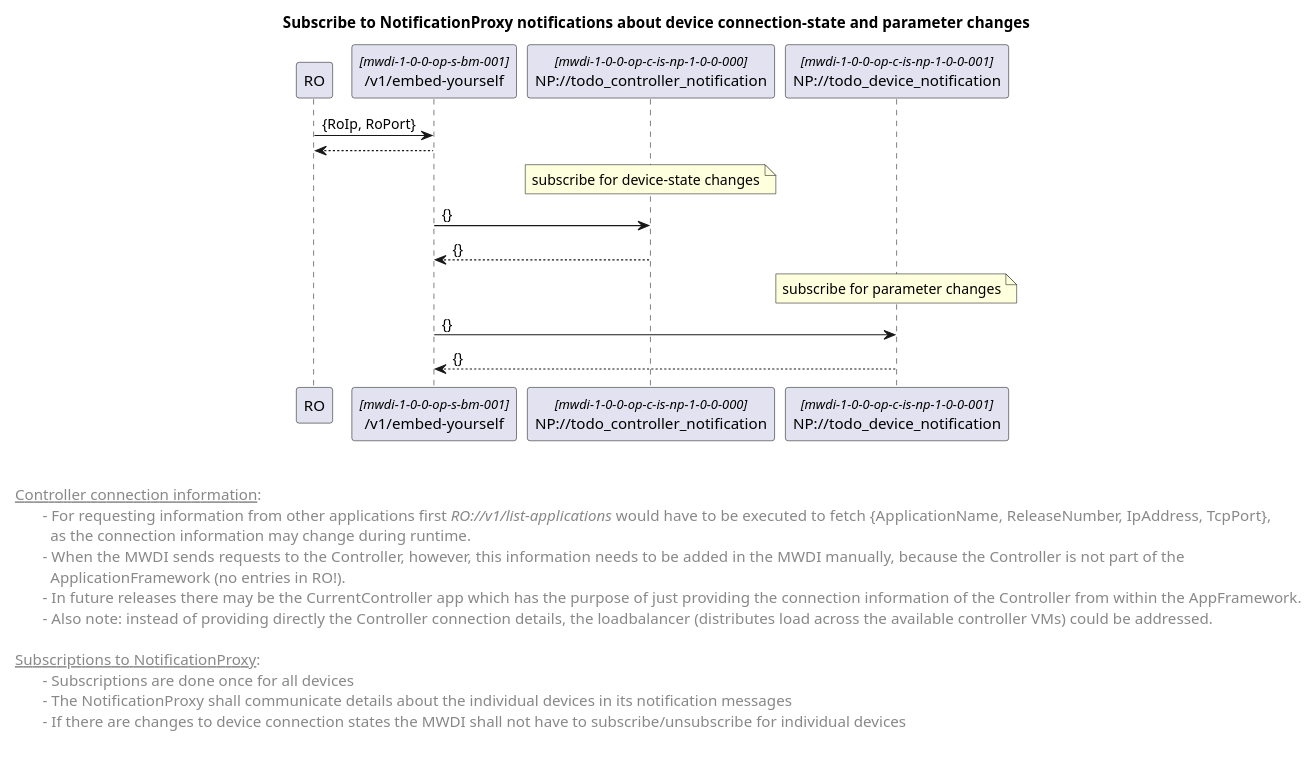
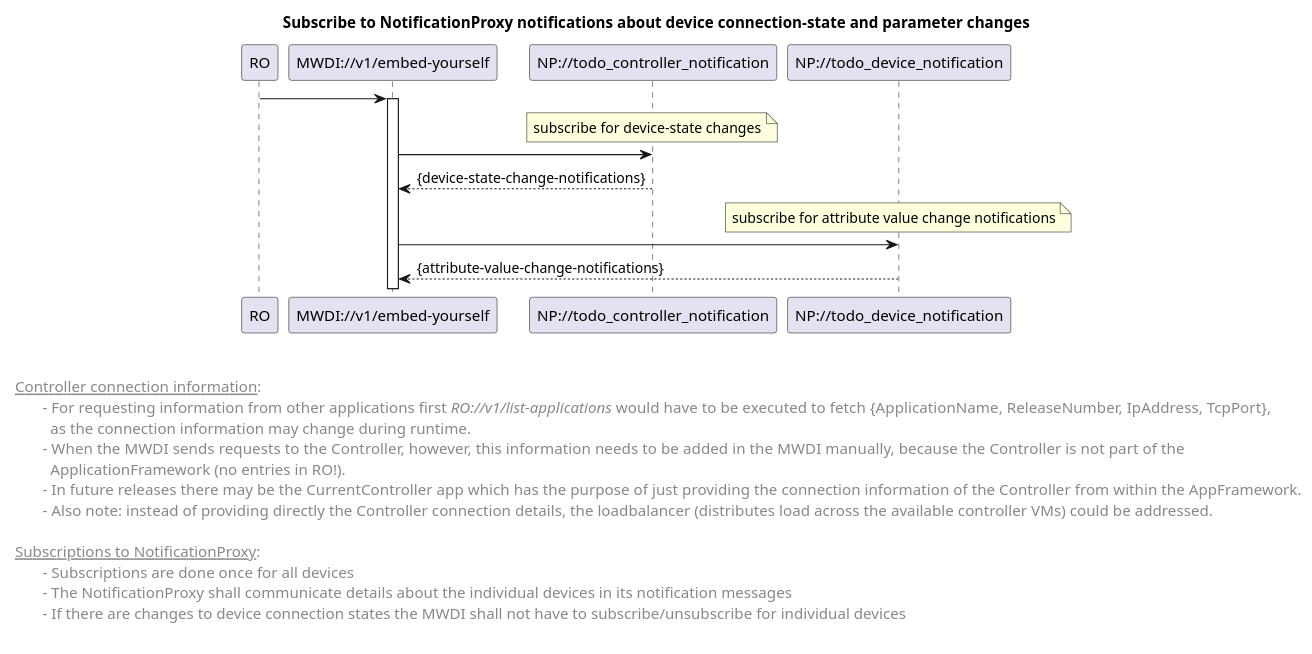
The diagram in spec/diagrams/00x_forwardingSubscribeAtNP.plantuml (openBackhaul/MicroWaveDeviceInventory), drawn with PlantUML before and after one commit. The commit also changed 6 other files, not shown here.

```diff
--- a/spec/diagrams/00x_forwardingSubscribeAtNP.plantuml
+++ b/spec/diagrams/00x_forwardingSubscribeAtNP.plantuml
@@ -1,55 +1,56 @@
 @startuml
 skinparam responseMessageBelowArrow true
 skinparam guillemet [ ]
 skinparam participant {
   StereotypeFontSize 12  
 }
+hide stereotype
 
 title Subscribe to NotificationProxy notifications about device connection-state and parameter changes
 
 'participants
 participant "RO" as ro
-participant "/v1/embed-yourself" as mwdi <<mwdi-1-0-0-op-s-bm-001>>
+participant "MWDI://v1/embed-yourself" as mwdi <<mwdi-1-0-0-op-s-bm-001>>
 participant "NP://todo_controller_notification" as npConnectionStatusNotif <<mwdi-1-0-0-op-c-is-np-1-0-0-000>>
 participant "NP://todo_device_notification" as npDevChangeNotif <<mwdi-1-0-0-op-c-is-np-1-0-0-001>>
 
-ro -> mwdi: {RoIp, RoPort}
-mwdi --> ro
+ro -> mwdi
+activate mwdi
 
 note over npConnectionStatusNotif: subscribe for device-state changes
-mwdi -> npConnectionStatusNotif: {}
-npConnectionStatusNotif --> mwdi: {}
+mwdi -> npConnectionStatusNotif
+npConnectionStatusNotif --> mwdi: {device-state-change-notifications}
 
-note over npDevChangeNotif: subscribe for parameter changes
-mwdi -> npDevChangeNotif: {}
-npDevChangeNotif --> mwdi: {}
+note over npDevChangeNotif: subscribe for attribute value change notifications
+mwdi -> npDevChangeNotif
+npDevChangeNotif --> mwdi: {attribute-value-change-notifications}
 
 
 left footer 
 
 
 <u> Controller connection information</u>:
 \t- For requesting information from other applications first <i>RO://v1/list-applications</i> would have to be executed to fetch {ApplicationName, ReleaseNumber, IpAddress, TcpPort}, 
 \t  as the connection information may change during runtime.
 \t-  When the MWDI sends requests to the Controller, however, this information needs to be added in the MWDI manually, because the Controller is not part of the 
 \t  ApplicationFramework (no entries in RO!). 
 \t-  In future releases there may be the CurrentController app which has the purpose of just providing the connection information of the Controller from within the AppFramework.
 \t-  Also note: instead of providing directly the Controller connection details, the loadbalancer (distributes load across the available controller VMs) could be addressed.
 
 <u> Subscriptions to NotificationProxy</u>:
 \t- Subscriptions are done once for all devices
 \t- The NotificationProxy shall communicate details about the individual devices in its notification messages
 \t- If there are changes to device connection states the MWDI shall not have to subscribe/unsubscribe for individual devices
 
 end footer
 
 
 <style>
 footer {
   HorizontalAlignment left
   FontSize 14
 }
 </style>
 
 
 @enduml
```
